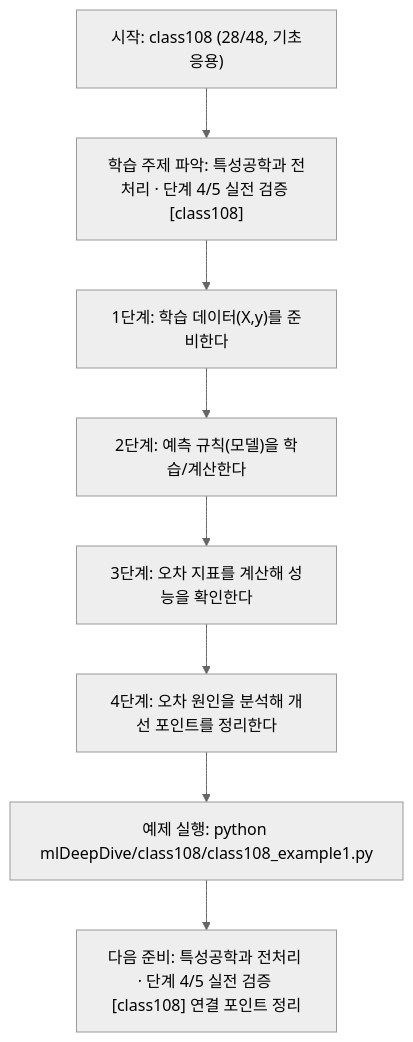
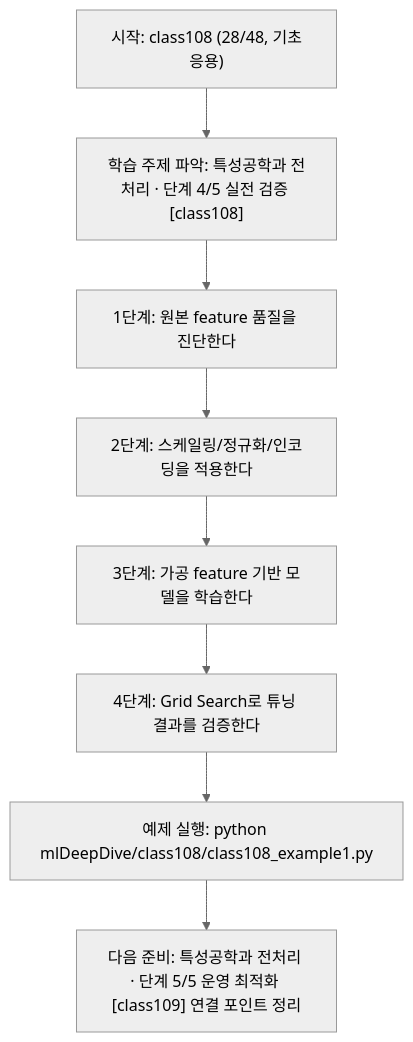
The diagram in mlDeepDive/class108/class108.md (edumgt/Python-AI_Agent-Class), drawn with Mermaid (neutral theme) before and after one commit. The commit also changed other lines of this file and 338 other files, not shown here.

````diff
--- a/mlDeepDive/class108/class108.md
+++ b/mlDeepDive/class108/class108.md
@@ -109,18 +91,18 @@
 ```mermaid
 flowchart TD
 N1["시작: class108 (28/48, 기초응용)"]
 N2["학습 주제 파악: 특성공학과 전처리 · 단계 4/5 실전 검증 [class108]"]
-N3["1단계: 학습 데이터(X,y)를 준비한다"]
-N4["2단계: 예측 규칙(모델)을 학습/계산한다"]
-N5["3단계: 오차 지표를 계산해 성능을 확인한다"]
-N6["4단계: 오차 원인을 분석해 개선 포인트를 정리한다"]
+N3["1단계: 원본 feature 품질을 진단한다"]
+N4["2단계: 스케일링/정규화/인코딩을 적용한다"]
+N5["3단계: 가공 feature 기반 모델을 학습한다"]
+N6["4단계: Grid Search로 튜닝 결과를 검증한다"]
 N7["예제 실행: python mlDeepDive/class108/class108_example1.py"]
-N8["다음 준비: 특성공학과 전처리 · 단계 4/5 실전 검증 [class108] 연결 포인트 정리"]
+N8["다음 준비: 특성공학과 전처리 · 단계 5/5 운영 최적화 [class109] 연결 포인트 정리"]
 N1 --> N2
 N2 --> N3
 N3 --> N4
 N4 --> N5
 N5 --> N6
 N6 --> N7
 N7 --> N8
 ```
````
